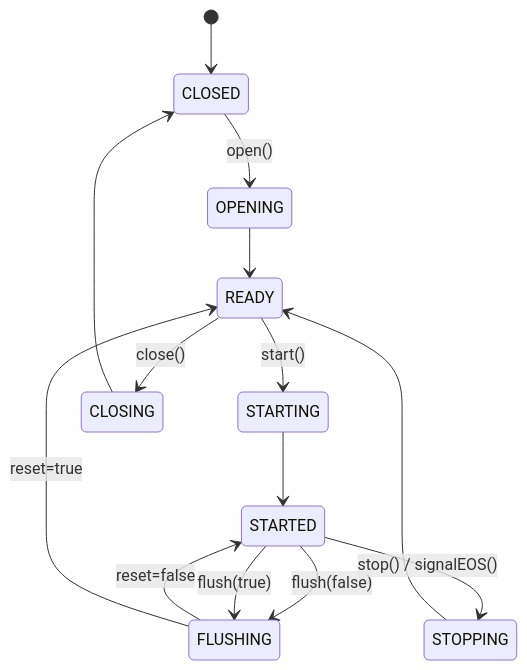
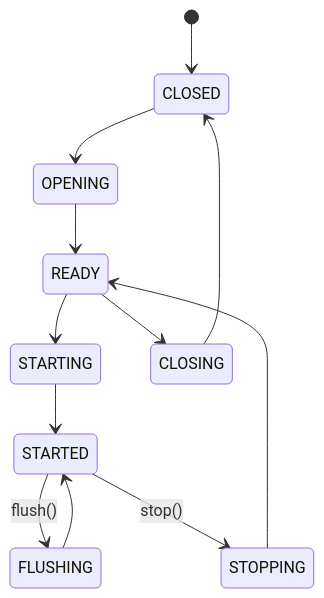
Before and after one commit to rdkcentral/rdk-halif-aidl: the second of 2 diagrams in docs/halif/audio_mixer/current/audio_mixer.md, drawn with Mermaid. The commit also changed other lines of this file and 2 other files, not shown here.

````diff
--- a/docs/halif/audio_mixer/current/audio_mixer.md
+++ b/docs/halif/audio_mixer/current/audio_mixer.md
@@ -189,16 +189,14 @@
 ```mermaid
 stateDiagram-v2
     [*] --> CLOSED
-    CLOSED --> OPENING : open()
+    CLOSED --> OPENING
     OPENING --> READY
-    READY --> STARTING : start()
+    READY --> STARTING
     STARTING --> STARTED
-    STARTED --> FLUSHING : flush(false)
-    STARTED --> FLUSHING : flush(true)
-    STARTED --> STOPPING : stop() / signalEOS()
-    FLUSHING --> STARTED : reset=false
-    FLUSHING --> READY : reset=true
+    STARTED --> FLUSHING : flush()
+    STARTED --> STOPPING : stop()
+    FLUSHING --> STARTED
     STOPPING --> READY
-    READY --> CLOSING : close()
+    READY --> CLOSING
     CLOSING --> CLOSED
 ```
````
